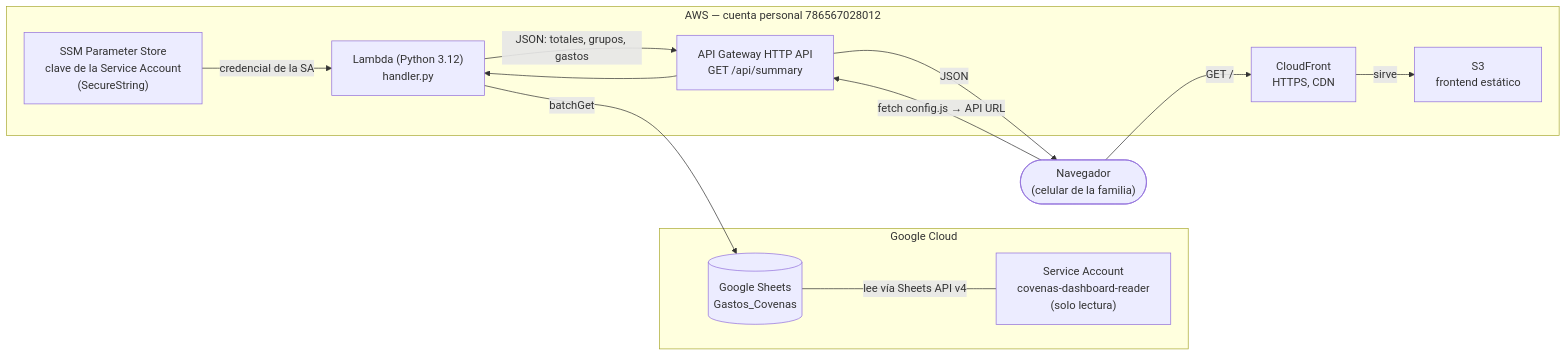
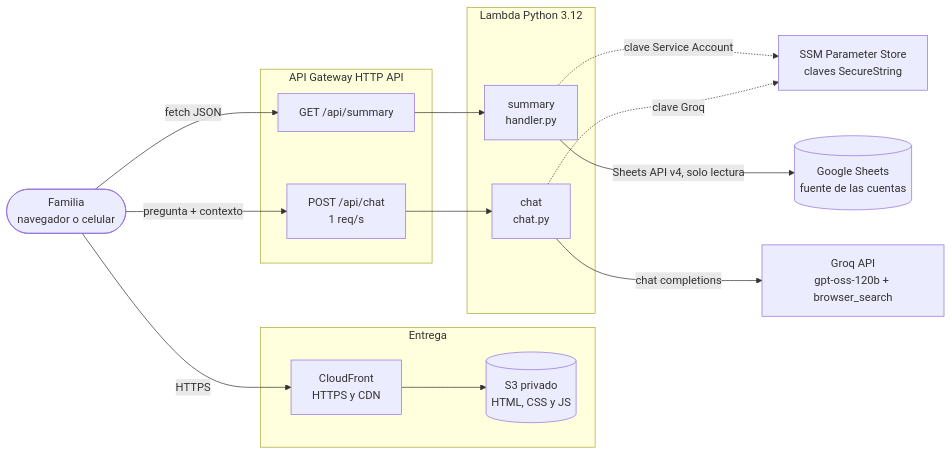
One commit to Portfolio-jaime/trip-covenas changed the first of 9 diagrams in docs/ARQUITECTURA.md. Above: the diagram before and after it, drawn with Mermaid. The commit also changed other lines of this file and 126 other files, not shown here.

First line of the commit message:
docs: README y arquitectura con diagramas; dejar de versionar chats de WhatsApp (#8)

````diff
--- a/docs/ARQUITECTURA.md
+++ b/docs/ARQUITECTURA.md
@@ -10,27 +28,34 @@
 ```mermaid
 flowchart LR
-    subgraph Google["Google Cloud"]
-        Sheet[("Google Sheets\nGastos_Covenas")]
-        SA["Service Account\ncovenas-dashboard-reader\n(solo lectura)"]
+    Familia(["Familia<br/>navegador o celular"])
+
+    subgraph Edge["Entrega"]
+        CF["CloudFront<br/>HTTPS y CDN"]
+        S3[("S3 privado<br/>HTML, CSS y JS")]
     end
 
-    subgraph AWS["AWS — cuenta personal 786567028012"]
-        SSM["SSM Parameter Store\nclave de la Service Account\n(SecureString)"]
-        Lambda["Lambda (Python 3.12)\nhandler.py"]
-        APIGW["API Gateway HTTP API\nGET /api/summary"]
-        S3["S3\nfrontend estático"]
-        CF["CloudFront\nHTTPS, CDN"]
+    subgraph Api["API Gateway HTTP API"]
+        R1["GET /api/summary"]
+        R2["POST /api/chat<br/>1 req/s"]
     end
 
-    Browser(["Navegador\n(celular de la familia)"])
+    subgraph Compute["Lambda Python 3.12"]
+        L1["summary<br/>handler.py"]
+        L2["chat<br/>chat.py"]
+    end
 
-    Sheet -- "lee vía Sheets API v4" --- SA
-    SSM -- "credencial de la SA" --> Lambda
-    Lambda -- "batchGet" --> Sheet
-    Browser -- "GET /" --> CF
-    CF -- "sirve" --> S3
-    Browser -- "fetch config.js → API URL" --> APIGW
-    APIGW --> Lambda
-    Lambda -- "JSON: totales, grupos, gastos" --> APIGW
-    APIGW -- "JSON" --> Browser
+    SSM["SSM Parameter Store<br/>claves SecureString"]
+    Sheet[("Google Sheets<br/>fuente de las cuentas")]
+    Groq["Groq API<br/>gpt-oss-120b + browser_search"]
+
+    Familia -->|"HTTPS"| CF
+    CF --> S3
+    Familia -->|"fetch JSON"| R1
+    Familia -->|"pregunta + contexto"| R2
+    R1 --> L1
+    R2 --> L2
+    L1 -.->|"clave Service Account"| SSM
+    L2 -.->|"clave Groq"| SSM
+    L1 -->|"Sheets API v4, solo lectura"| Sheet
+    L2 -->|"chat completions"| Groq
 ```
````
